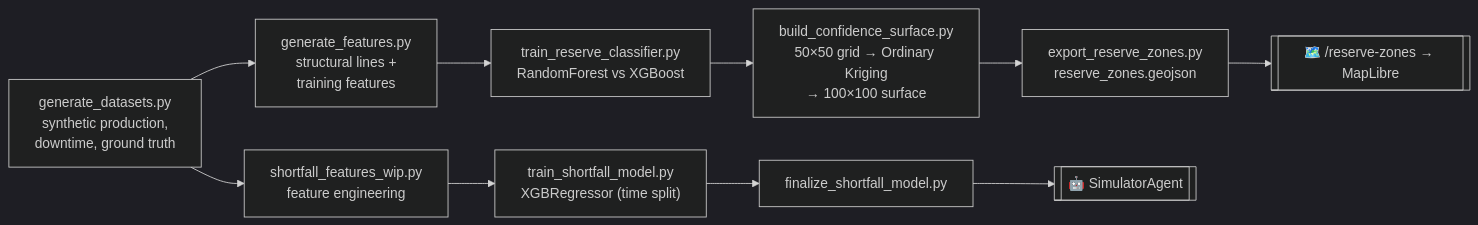
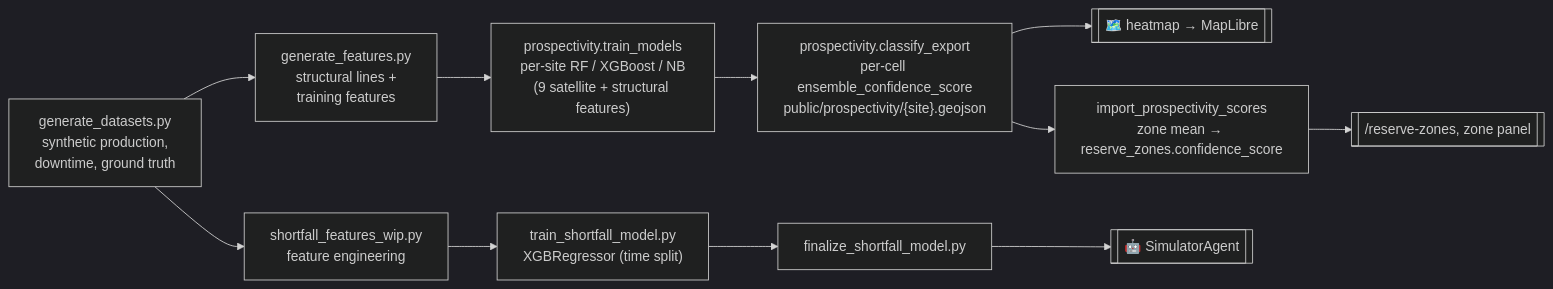
Before and after one commit to Arnabh-M/moil-reserve-intelligence: the fourth of 4 diagrams in README.md, drawn with Mermaid (dark theme). The commit also changed other lines of this file and 23 other files, not shown here.

````diff
--- a/README.md
+++ b/README.md
@@ -257,13 +257,14 @@
 ```mermaid
 flowchart LR
     GD["generate_datasets.py<br/>synthetic production,<br/>downtime, ground truth"] --> GF["generate_features.py<br/>structural lines +<br/>training features"]
-    GF --> TR["train_reserve_classifier.py<br/>RandomForest vs XGBoost"]
-    TR --> CS["build_confidence_surface.py<br/>50×50 grid → Ordinary Kriging<br/>→ 100×100 surface"]
-    CS --> EX["export_reserve_zones.py<br/>reserve_zones.geojson"]
-    EX --> MAP[["🗺️ /reserve-zones → MapLibre"]]
+    GF --> TR["prospectivity.train_models<br/>per-site RF / XGBoost / NB<br/>(9 satellite + structural features)"]
+    TR --> EX["prospectivity.classify_export<br/>per-cell ensemble_confidence_score<br/>public/prospectivity/{site}.geojson"]
+    EX --> MAP[["🗺️ heatmap → MapLibre"]]
+    EX --> ZC["import_prospectivity_scores<br/>zone mean → reserve_zones.confidence_score"]
+    ZC --> ZAPI[["/reserve-zones, zone panel"]]
 
     GD --> SF["shortfall_features_wip.py<br/>feature engineering"]
     SF --> TS["train_shortfall_model.py<br/>XGBRegressor (time split)"]
     TS --> FS["finalize_shortfall_model.py"]
     FS --> SIM[["🤖 SimulatorAgent"]]
 ```
````
